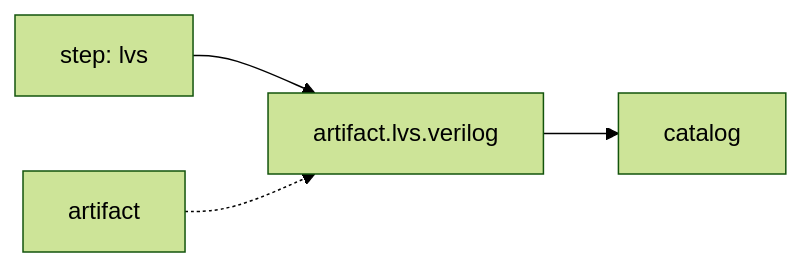
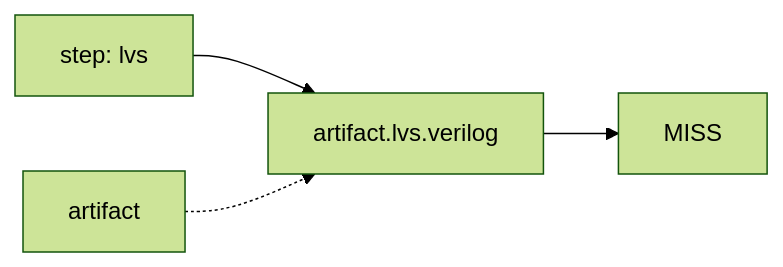
Diagram 23 of 53 in .github/signoff-board/signoff-kanban.md (openecos-projects/ecc), drawn with Mermaid (forest theme) before and after one commit. The commit also changed other lines of this file and 2 other files, not shown here.

First line of the commit message:
feat(signoff): add performance / iSTA catalog slots (43 metrics)

````diff
--- a/.github/signoff-board/signoff-kanban.md
+++ b/.github/signoff-board/signoff-kanban.md
@@ -516,6 +548,6 @@
 ```mermaid
 flowchart LR
   step_artifact_lvs_verilog["step: lvs"] --> metric_artifact_lvs_verilog["artifact.lvs.verilog"]
-  metric_artifact_lvs_verilog --> state_artifact_lvs_verilog["catalog"]
+  metric_artifact_lvs_verilog --> state_artifact_lvs_verilog["MISS"]
   cat_artifact_lvs_verilog["artifact"] -.-> metric_artifact_lvs_verilog
 ```
````
